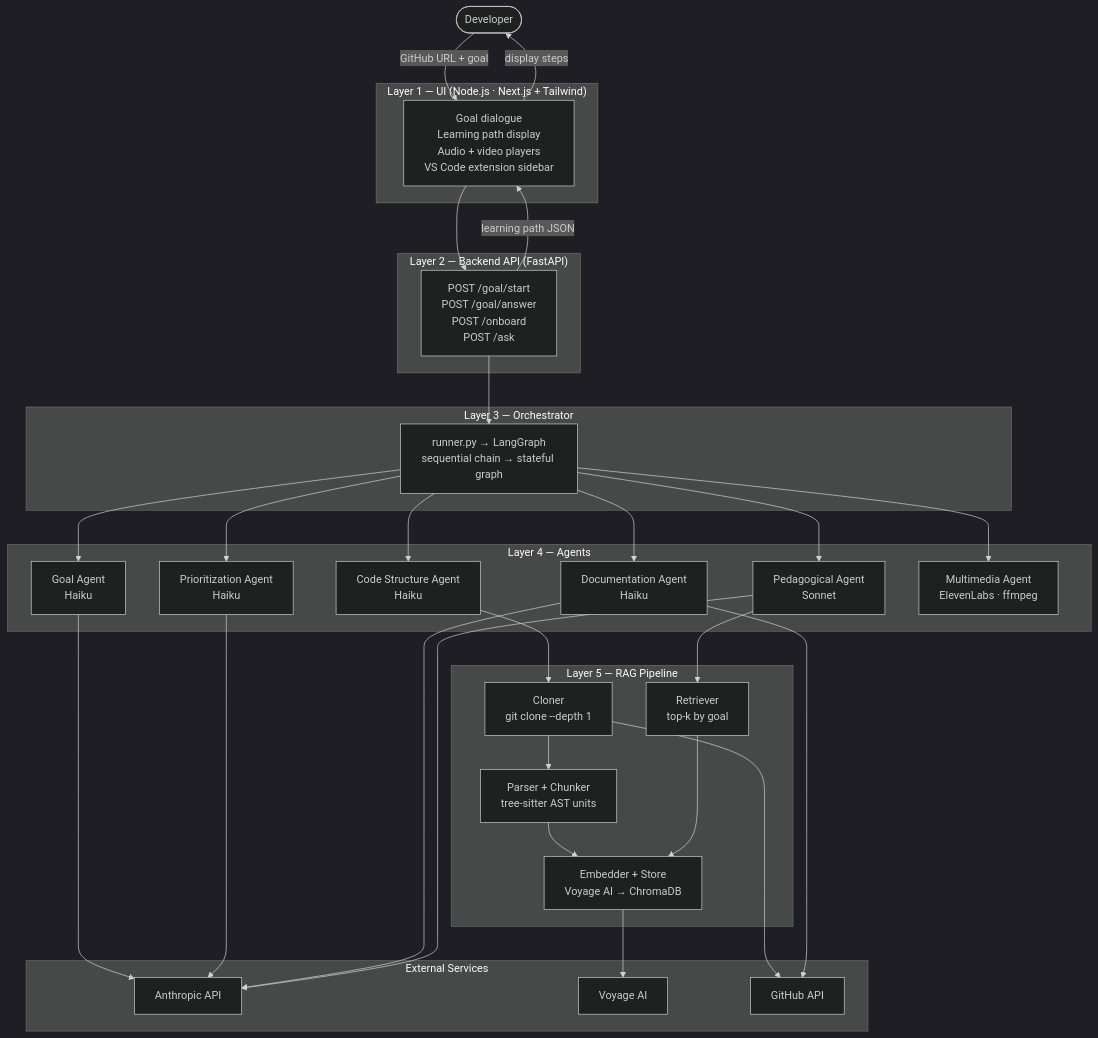
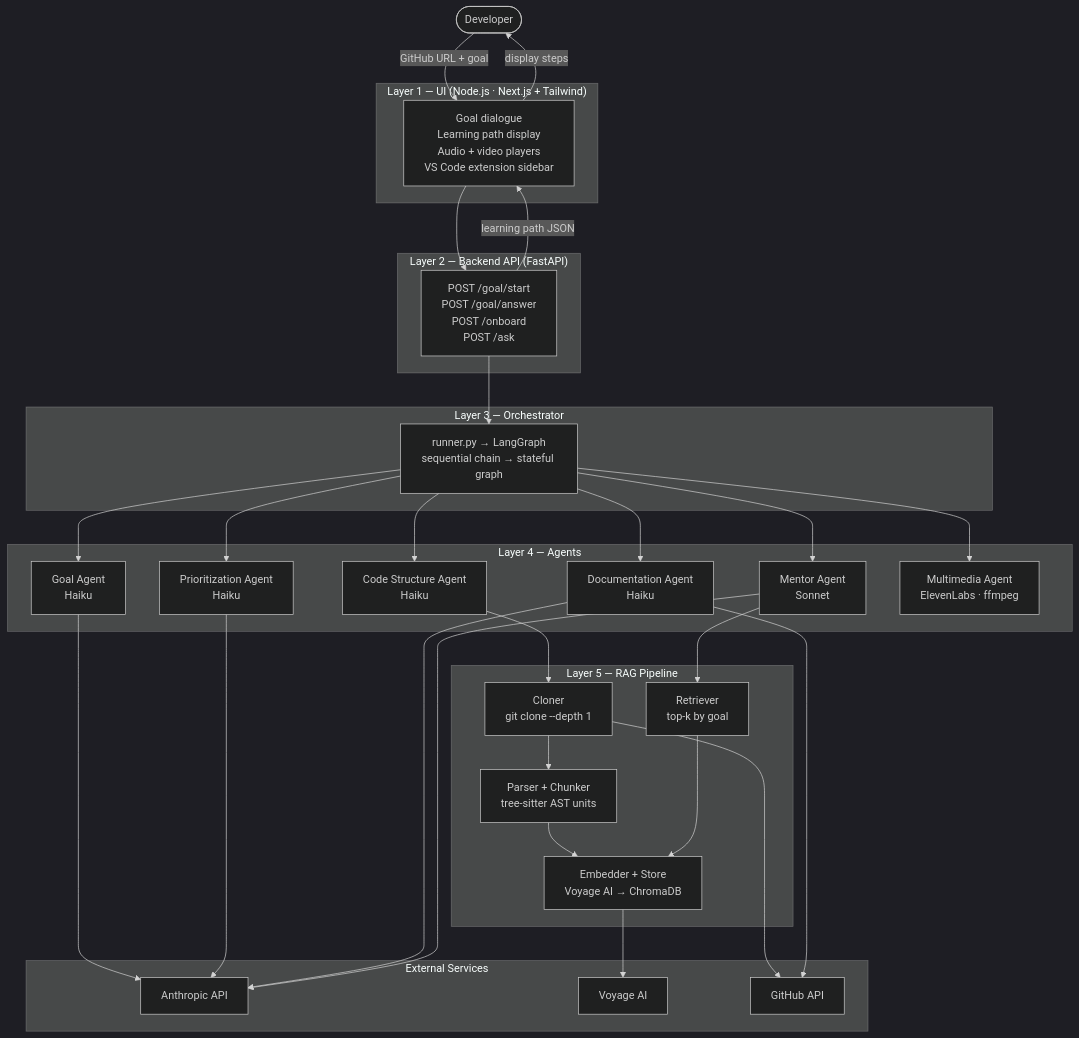
The diagram in docs/design/diagram.md (talziv2/CodeOnboard), drawn with Mermaid (dark theme) before and after one commit. The commit also changed other lines of this file and 6 other files, not shown here.

Commit message:
docs: rename Pedagogical Agent to Mentor Agent

````diff
--- a/docs/design/diagram.md
+++ b/docs/design/diagram.md
@@ -3,67 +3,67 @@
 ```mermaid
 graph TB
     Dev(["Developer"])
 
     subgraph L1["Layer 1 — UI  (Node.js · Next.js + Tailwind)"]
         NextUI["Goal dialogue<br/>Learning path display<br/>Audio + video players<br/>VS Code extension sidebar"]
     end
 
     subgraph L2["Layer 2 — Backend API  (FastAPI)"]
         FAPI["POST /goal/start<br/>POST /goal/answer<br/>POST /onboard<br/>POST /ask"]
     end
 
     subgraph L3["Layer 3 — Orchestrator"]
         Orch["runner.py → LangGraph<br/>sequential chain → stateful graph"]
     end
 
     subgraph L4["Layer 4 — Agents"]
         GA["Goal Agent<br/>Haiku"]
         CSA["Code Structure Agent<br/>Haiku"]
         PRA["Prioritization Agent<br/>Haiku"]
         DA["Documentation Agent<br/>Haiku"]
-        PA["Pedagogical Agent<br/>Sonnet"]
+        PA["Mentor Agent<br/>Sonnet"]
         MA["Multimedia Agent<br/>ElevenLabs · ffmpeg"]
     end
 
     subgraph L5["Layer 5 — RAG Pipeline"]
         Cln["Cloner<br/>git clone --depth 1"]
         Parse["Parser + Chunker<br/>tree-sitter AST units"]
         Embed["Embedder + Store<br/>Voyage AI → ChromaDB"]
         Ret["Retriever<br/>top-k by goal"]
     end
 
     subgraph Ext["External Services"]
         Anth["Anthropic API"]
         Voy["Voyage AI"]
         GH["GitHub API"]
     end
 
     Dev -->|"GitHub URL + goal"| NextUI
     NextUI --> FAPI
     FAPI --> Orch
 
     Orch --> GA
     GA --> Anth
     Orch --> CSA
     CSA --> Cln
     Cln --> GH
     Cln --> Parse
     Parse --> Embed
     Embed --> Voy
 
     Orch --> PRA
     PRA --> Anth
     Orch --> DA
     DA --> GH
     DA --> Anth
 
     Orch --> PA
     PA --> Ret
     Ret --> Embed
     PA --> Anth
 
     Orch --> MA
 
     FAPI -->|"learning path JSON"| NextUI
     NextUI -->|"display steps"| Dev
 ```
````
